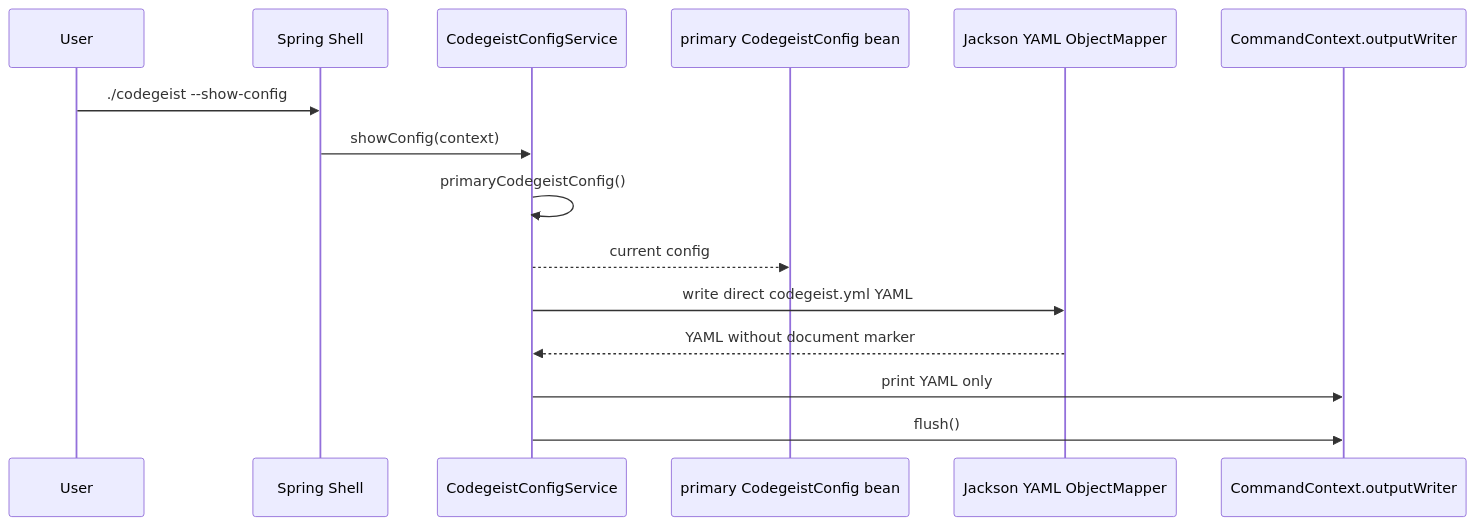
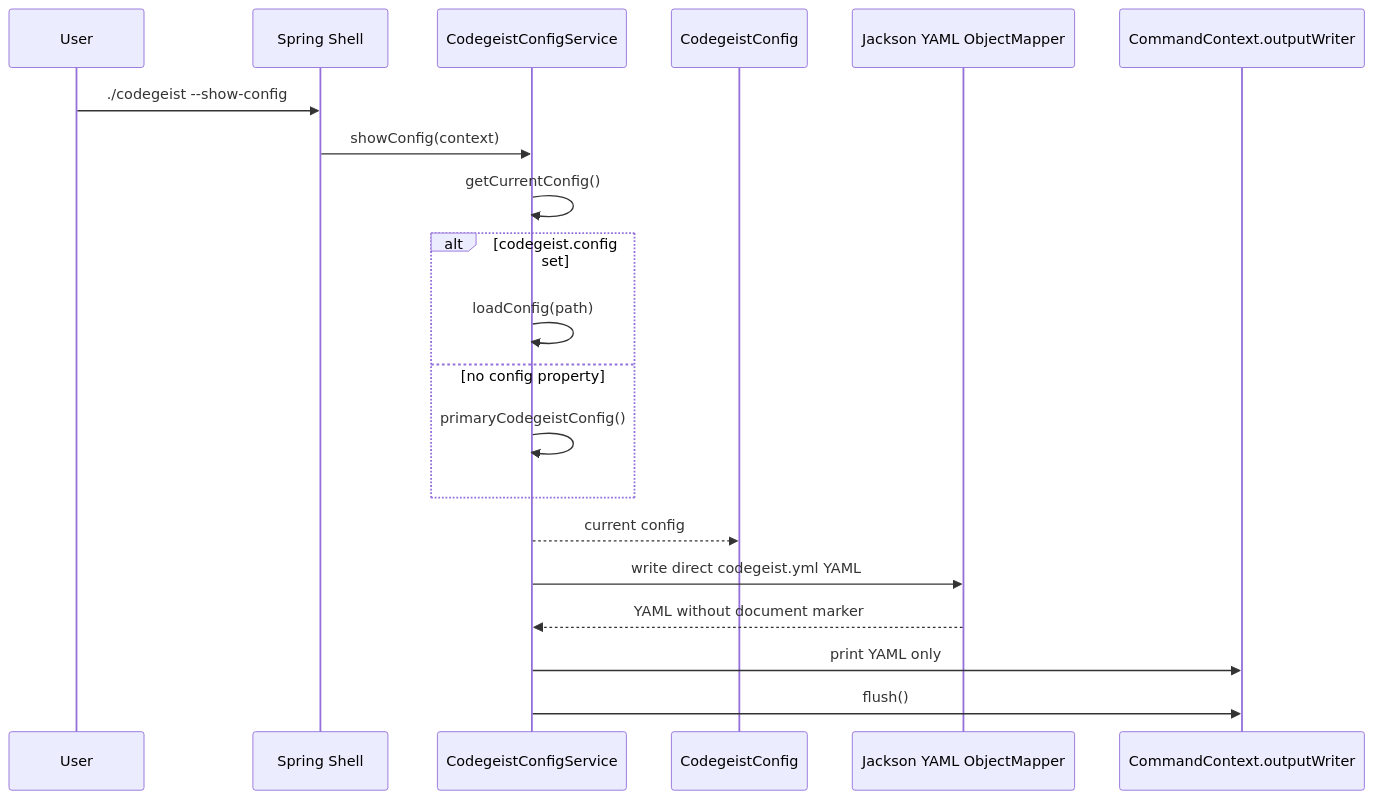
One commit to codegeist-ai/codegeist changed the fifth of 5 diagrams in docs/developer/architecture/provider-configuration.md. Above: the diagram before and after it, drawn with Mermaid. The commit also changed other lines of this file and 54 other files, not shown here.

````diff
--- a/docs/developer/architecture/provider-configuration.md
+++ b/docs/developer/architecture/provider-configuration.md
@@ -197,18 +303,23 @@
 ```mermaid
 sequenceDiagram
     participant User as User
     participant Shell as Spring Shell
     participant Service as CodegeistConfigService
-    participant Config as primary CodegeistConfig bean
+    participant Config as CodegeistConfig
     participant Mapper as Jackson YAML ObjectMapper
     participant Writer as CommandContext.outputWriter
 
     User->>Shell: ./codegeist --show-config
     Shell->>Service: showConfig(context)
-    Service->>Service: primaryCodegeistConfig()
+    Service->>Service: getCurrentConfig()
+    alt codegeist.config set
+        Service->>Service: loadConfig(path)
+    else no config property
+        Service->>Service: primaryCodegeistConfig()
+    end
     Service-->>Config: current config
     Service->>Mapper: write direct codegeist.yml YAML
     Mapper-->>Service: YAML without document marker
     Service->>Writer: print YAML only
     Service->>Writer: flush()
 ```
````
